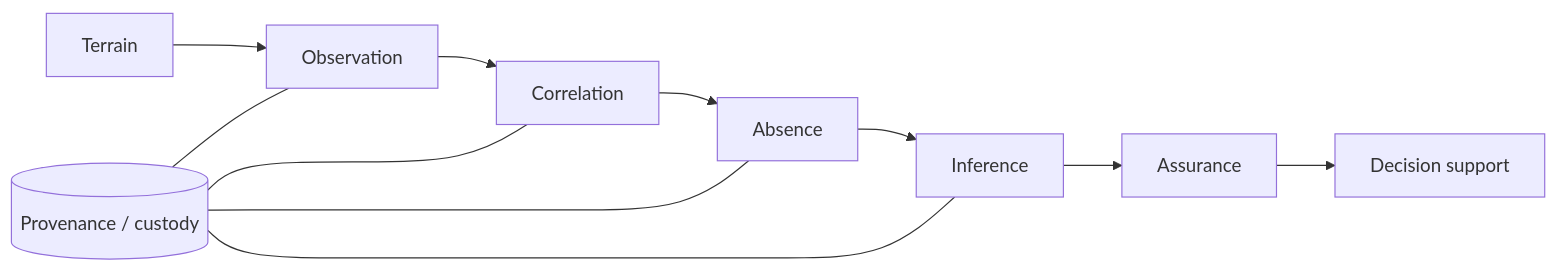
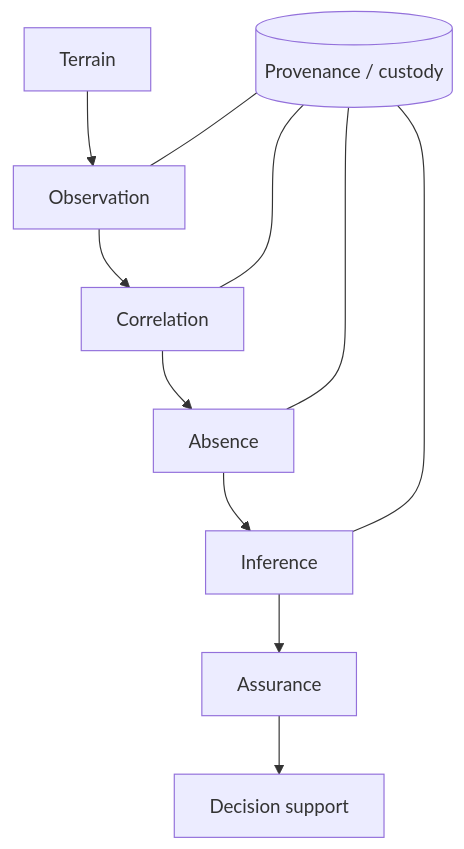
Before and after one commit to Ridd1kulusC0d3r/tocaia-osint: the diagram in README.md, drawn with Mermaid. The commit also changed other lines of this file and 23 other files, not shown here.

````diff
--- a/README.md
+++ b/README.md
@@ -41,13 +60,13 @@
 ```mermaid
-flowchart LR
+flowchart TB
   T[Terrain] --> O[Observation]
   O --> C[Correlation]
   C --> A[Absence]
   A --> I[Inference]
   I --> R[Assurance]
   P[(Provenance / custody)] --- O
   P --- C
   P --- A
   P --- I
   R --> D[Decision support]
 ```
````
